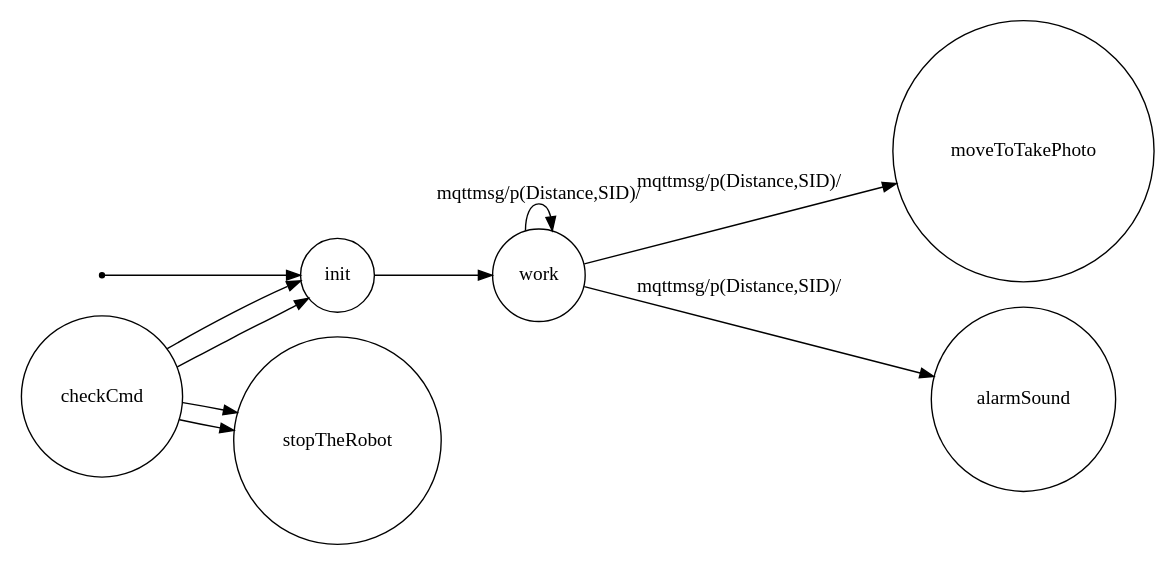
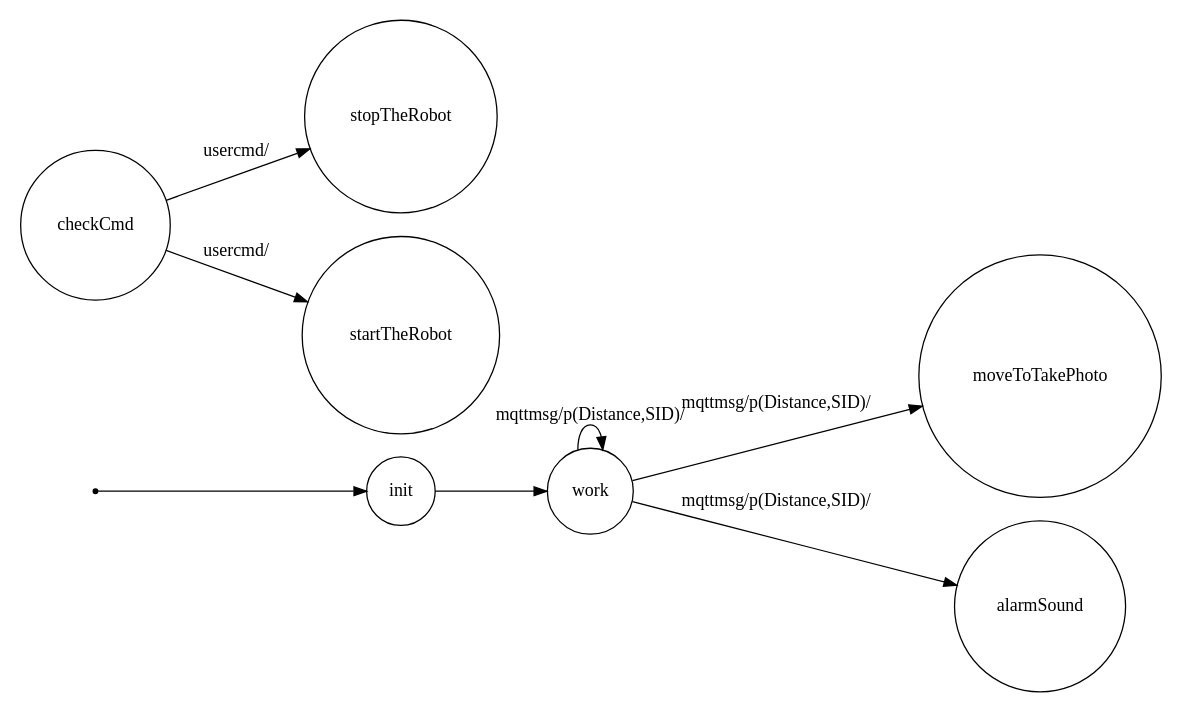
Before and after one commit to Diantha/TemaFinaleISS: the diagram in srcMore/it/unibo/controller/dotFsm.gv, drawn with Graphviz. The commit also changed 3 other files, not shown here.

```diff
--- a/srcMore/it/unibo/controller/dotFsm.gv
+++ b/srcMore/it/unibo/controller/dotFsm.gv
@@ -1,29 +1,27 @@
 /*
 *
 * A GraphViz DOT FSM description 
 * Please use a GraphViz visualizer (like http://www.webgraphviz.com)
 * 
 * Generated by AM,NC,RM
 *  
 */
  
 digraph finite_state_machine {
   	rankdir=LR;
   	size="8,5"
   	node [shape = point]; iniziale;
   	node [shape = doublecircle]; 
   	node [shape = circle];
   	iniziale -> init [label = ""];
   	
   	
   	init -> work [ label = ""];
   	
   	work -> moveToTakePhoto [ label = "mqttmsg/p(Distance,SID)/"];
   	work -> alarmSound [ label = "mqttmsg/p(Distance,SID)/"];
   	work -> work [ label = "mqttmsg/p(Distance,SID)/"];
   	
-  	checkCmd -> init [ label = ""];
-  	checkCmd -> stopTheRobot [ label = ""];
-  	checkCmd -> init [ label = ""];
-  	checkCmd -> stopTheRobot [ label = ""];
+  	checkCmd -> stopTheRobot [ label = "usercmd/"];
+  	checkCmd -> startTheRobot [ label = "usercmd/"];
 }
```
